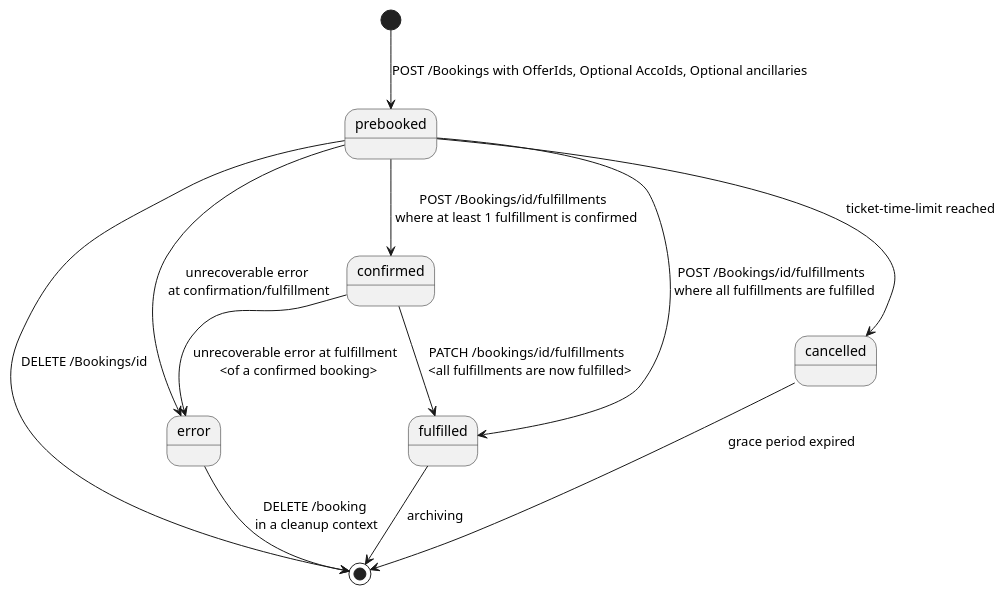
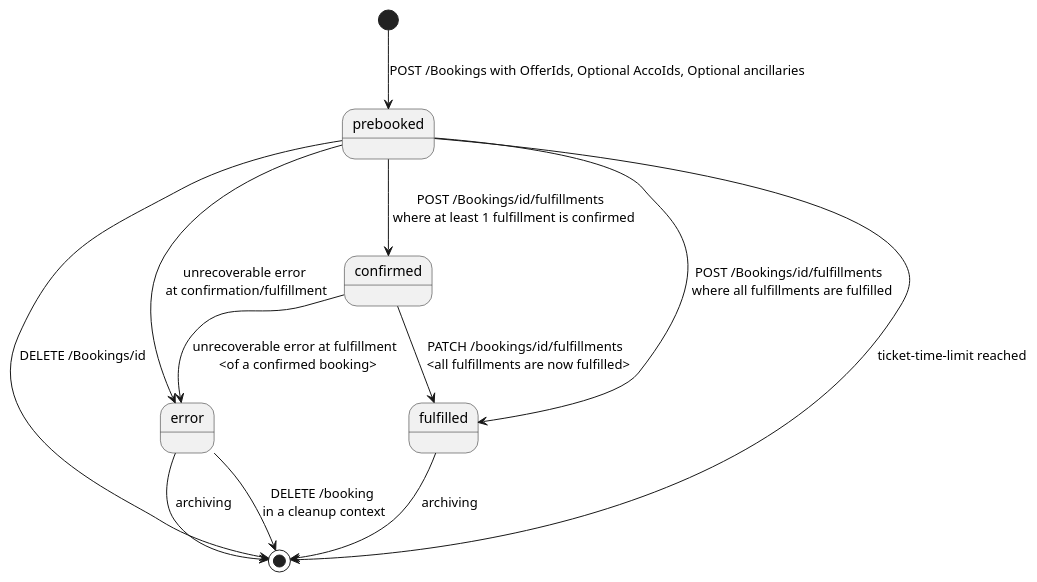
The diagram in images/models/booking-state-model.puml (UnionInternationalCheminsdeFer/OSDM), drawn with PlantUML before and after one commit. The commit also changed 5 other files, not shown here.

Commit message:
added all schemas for exchange

```diff
--- a/images/models/booking-state-model.puml
+++ b/images/models/booking-state-model.puml
@@ -1,12 +1,14 @@
+@startuml
 [*] --> prebooked : POST /Bookings with OfferIds, Optional AccoIds, Optional ancillaries
 
 prebooked --> confirmed: POST /Bookings/id/fulfillments \n where at least 1 fulfillment is confirmed
 prebooked --> [*]: DELETE /Bookings/id
-prebooked --> cancelled: ticket-time-limit reached
+prebooked --> [*]: ticket-time-limit reached
 prebooked --> error: unrecoverable error \nat confirmation/fulfillment
 prebooked --> fulfilled: POST /Bookings/id/fulfillments \n where all fulfillments are fulfilled
-cancelled --> [*]: grace period expired
 confirmed --> fulfilled: PATCH /bookings/id/fulfillments \n <all fulfillments are now fulfilled>
 confirmed --> error: unrecoverable error at fulfillment \n <of a confirmed booking>
 fulfilled --> [*] : archiving
 error --> [*] : DELETE /booking \nin a cleanup context
+error --> [*] : archiving
+@enduml
```
